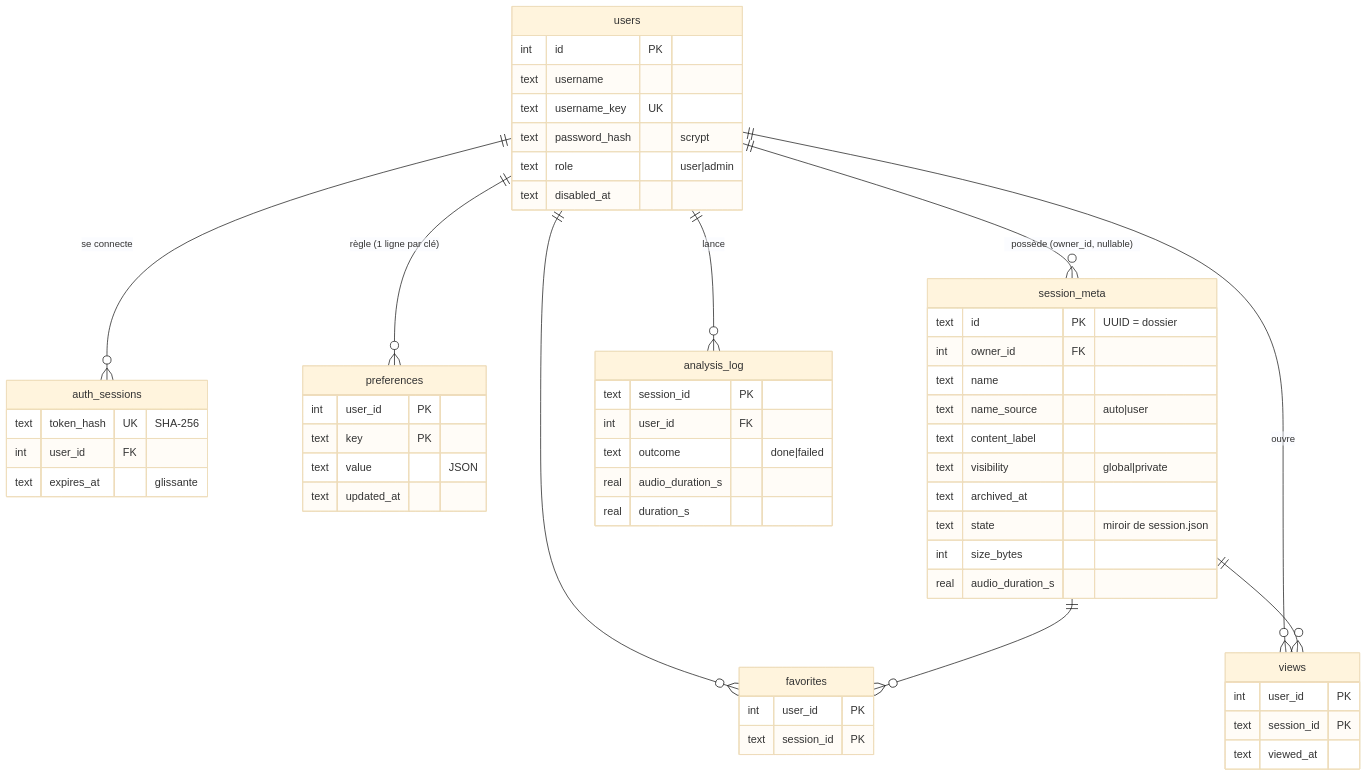
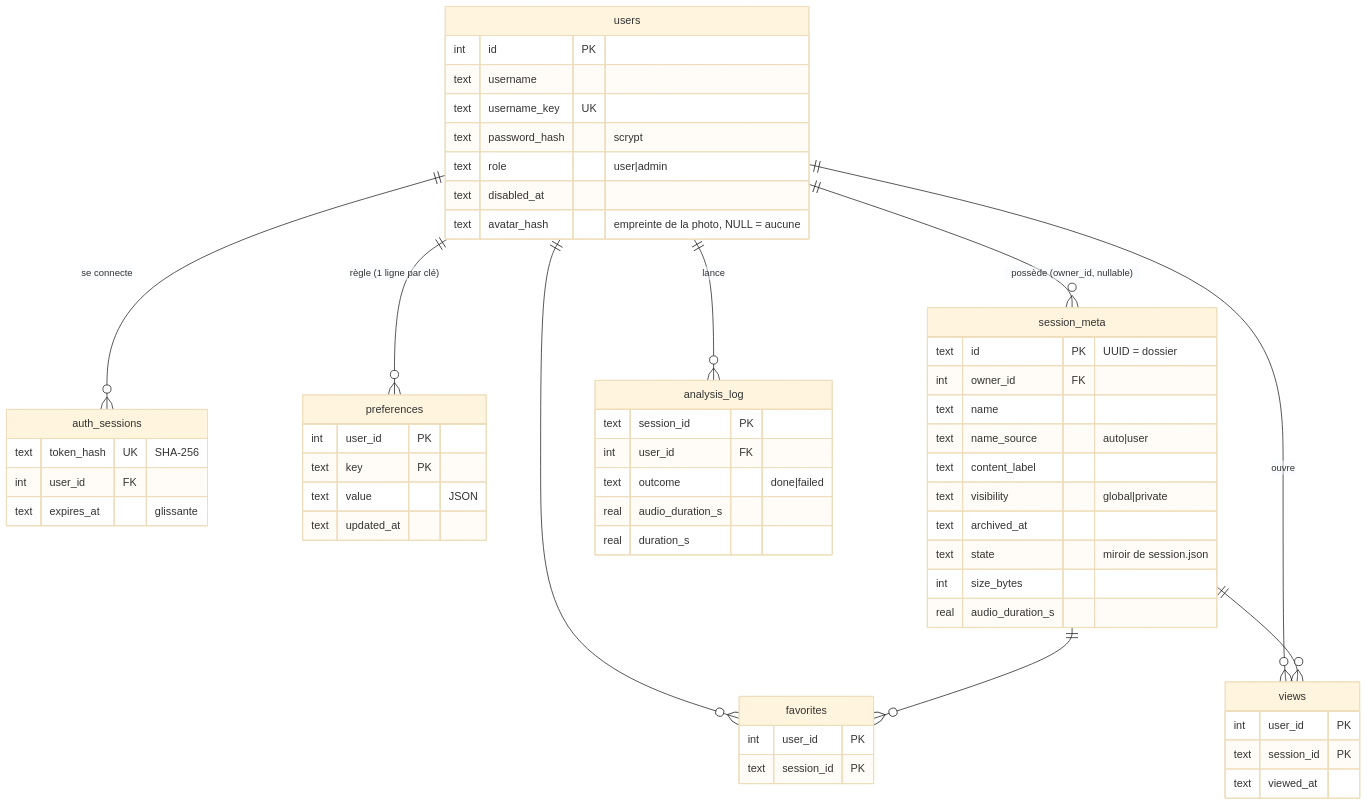
One commit to Maximus203/artist-quran-recognizer changed the diagram in web/README.md. Above: the diagram before and after it, drawn with Mermaid (base theme). The commit also changed other lines of this file and 6 other files, not shown here.

First line of the commit message:
docs(atelier): photo de profil, contrat d'API, stockage, tokens d'avatar et playbook

````diff
--- a/web/README.md
+++ b/web/README.md
@@ -293,44 +295,45 @@
 ```mermaid
 erDiagram
   users ||--o{ auth_sessions : "se connecte"
   users ||--o{ preferences : "règle (1 ligne par clé)"
   users ||--o{ session_meta : "possède (owner_id, nullable)"
   users ||--o{ favorites : ""
   users ||--o{ views : "ouvre"
   users ||--o{ analysis_log : "lance"
   session_meta ||--o{ favorites : ""
   session_meta ||--o{ views : ""
   users { int id PK
     text username
     text username_key UK
     text password_hash "scrypt"
     text role "user|admin"
-    text disabled_at }
+    text disabled_at
+    text avatar_hash "empreinte de la photo, NULL = aucune" }
   auth_sessions { text token_hash UK "SHA-256"
     int user_id FK
     text expires_at "glissante" }
   preferences { int user_id PK
     text key PK
     text value "JSON"
     text updated_at }
   session_meta { text id PK "UUID = dossier"
     int owner_id FK
     text name
     text name_source "auto|user"
     text content_label
     text visibility "global|private"
     text archived_at
     text state "miroir de session.json"
     int size_bytes
     real audio_duration_s }
   favorites { int user_id PK
     text session_id PK }
   views { int user_id PK
     text session_id PK
     text viewed_at }
   analysis_log { text session_id PK
     int user_id FK
     text outcome "done|failed"
     real audio_duration_s
     real duration_s }
 ```
````
